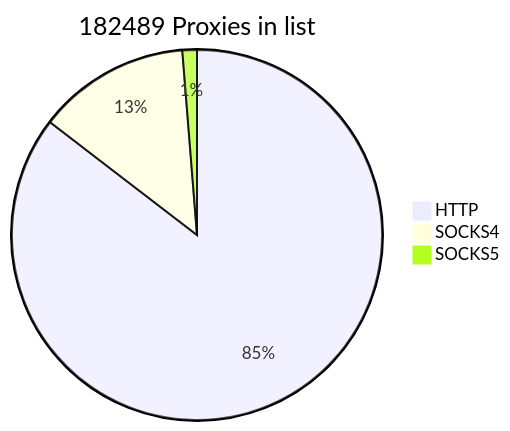
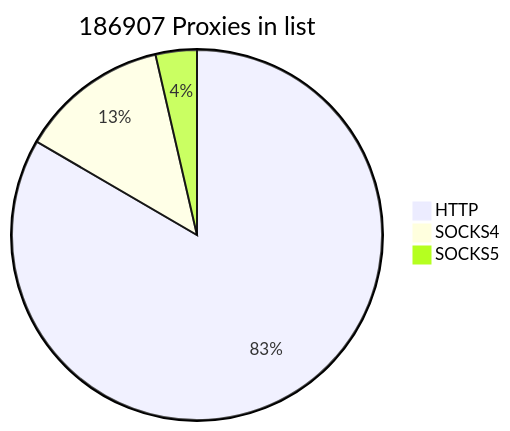
One commit to cutipu/proxylist changed the first of 2 diagrams in README.md. Above: the diagram before and after it, drawn with Mermaid. The commit also changed other lines of this file, not shown here.

````diff
--- a/README.md
+++ b/README.md
@@ -2,7 +2,7 @@
 ```mermaid
-pie title 182489 Proxies in list
+pie title 186907 Proxies in list
     "HTTP" : 155875
-    "SOCKS4" : 24302
-    "SOCKS5" : 2312
+    "SOCKS4" : 24301
+    "SOCKS5" : 6731
             
 ```
````
